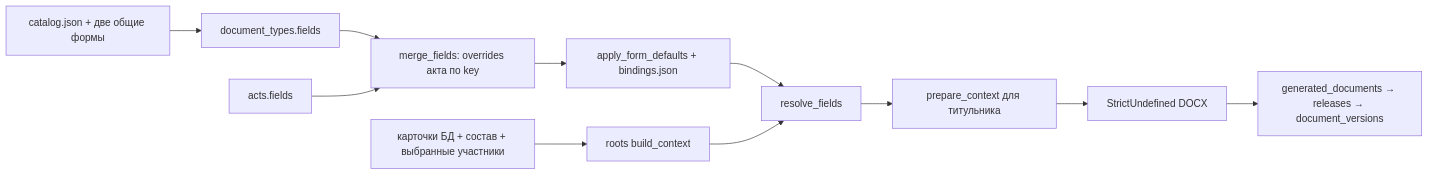
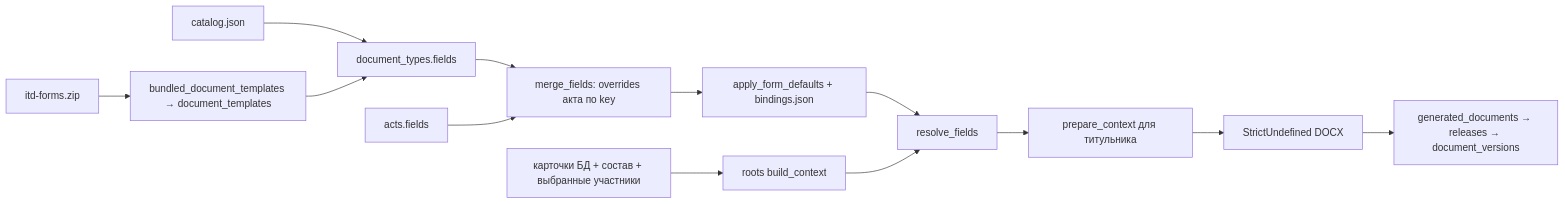
One commit to quynhter/technical-engineer-app changed the diagram in ai/MAP.md. Above: the diagram before and after it, drawn with Mermaid. The commit also changed other lines of this file and 31 other files, not shown here.

Commit message:
Release 0.7.4: document numbers and portable templates

````diff
--- a/ai/MAP.md
+++ b/ai/MAP.md
@@ -72,13 +73,15 @@
 ```mermaid
 flowchart LR
-  C["catalog.json + две общие формы"] --> T["document_types.fields"]
+  C["catalog.json"] --> T["document_types.fields"]
+  Z["itd-forms.zip"] --> B["bundled_document_templates → document_templates"]
+  B --> T
   T --> M["merge_fields: overrides акта по key"]
   A["acts.fields"] --> M
   M --> D["apply_form_defaults + bindings.json"]
   DB["карточки БД + состав + выбранные участники"] --> R["roots build_context"]
   D --> F["resolve_fields"]
   R --> F
   F --> P["prepare_context для титульника"]
   P --> DOCX["StrictUndefined DOCX"]
   DOCX --> G["generated_documents → releases → document_versions"]
 ```
````
